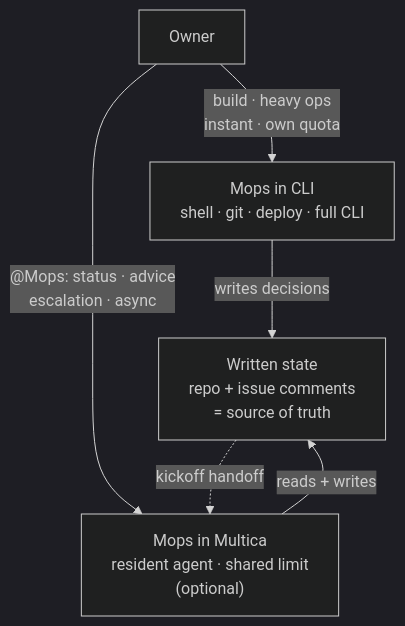
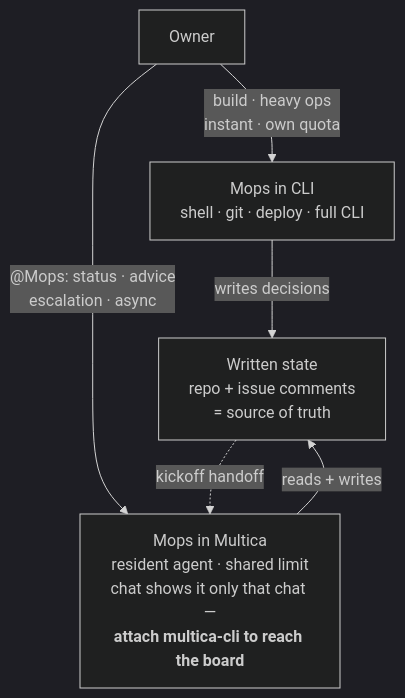
One commit to jamillazarev/multica-ops changed the third of 8 diagrams in WORKFLOW.md. Above: the diagram before and after it, drawn with Mermaid (dark theme). The commit also changed other lines of this file and 16 other files, not shown here.

````diff
--- a/WORKFLOW.md
+++ b/WORKFLOW.md
@@ -61,9 +61,9 @@
 ```mermaid
 flowchart TD
     OWNER["Owner"]
     OWNER -->|"build · heavy ops<br/>instant · own quota"| CLI["Mops in CLI<br/>shell · git · deploy · full CLI"]
-    OWNER -->|"@Mops: status · advice<br/>escalation · async"| MUL["Mops in Multica<br/>resident agent · shared limit<br/>(optional)"]
+    OWNER -->|"@Mops: status · advice<br/>escalation · async"| MUL["Mops in Multica<br/>resident agent · shared limit<br/>chat shows it only that chat —<br/><b>attach multica-cli to reach the board</b>"]
     CLI -->|writes decisions| STATE["Written state<br/>repo + issue comments<br/>= source of truth"]
     MUL -->|reads + writes| STATE
     STATE -.->|kickoff handoff| MUL
 ```
````
